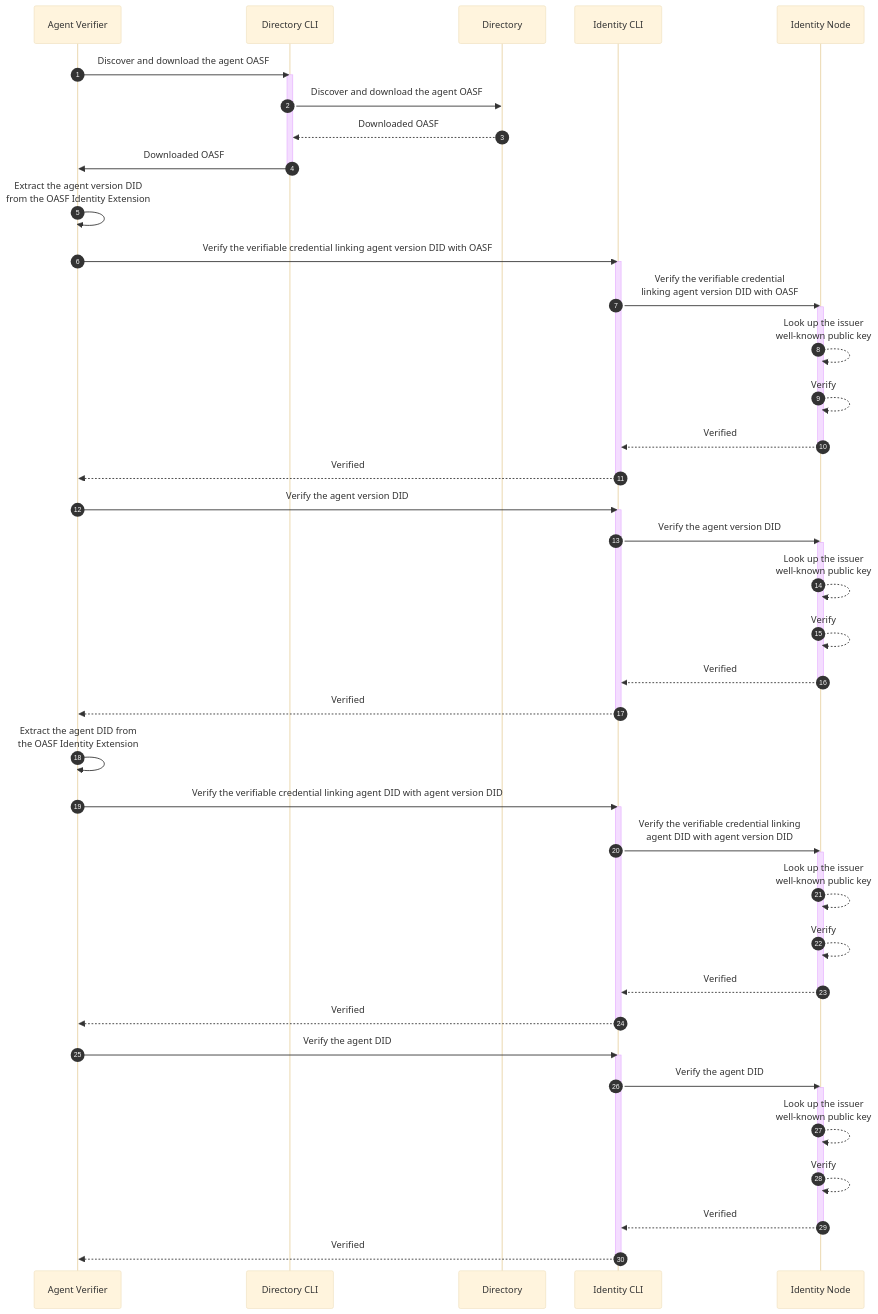
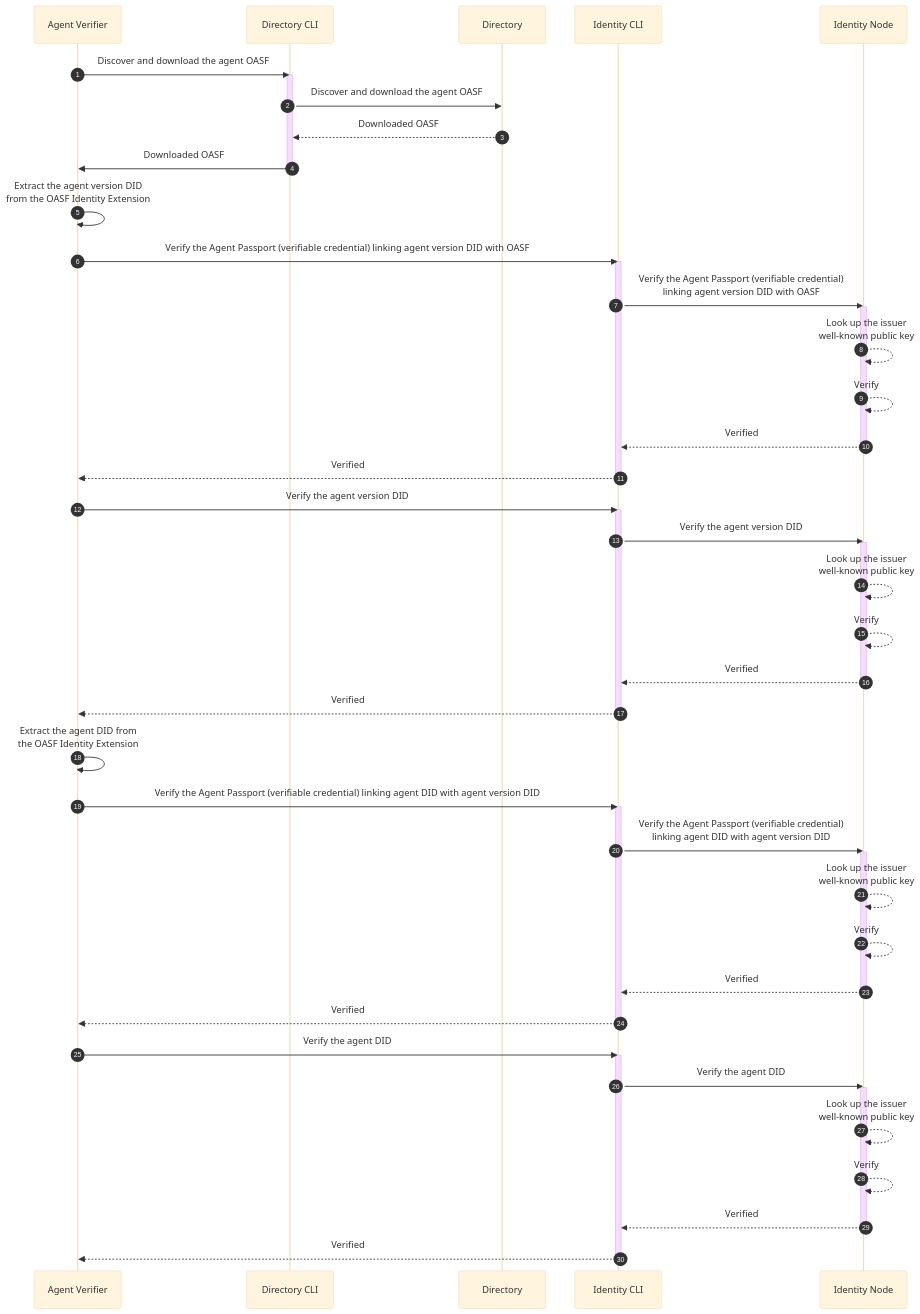
Before and after one commit to agntcy/identity-spec: the third of 3 diagrams in docs-src/docs/specs/flows/agntcy.md, drawn with Mermaid (base theme). The commit also changed other lines of this file, not shown here.

````diff
--- a/docs-src/docs/specs/flows/agntcy.md
+++ b/docs-src/docs/specs/flows/agntcy.md
@@ -123,62 +123,62 @@
 ```mermaid
 sequenceDiagram
 autonumber
 
 % Discover + download the agent OASF
 Agent Verifier->>Directory CLI: Discover and download the agent OASF
 activate Directory CLI
 Directory CLI->>Directory: Discover and download the agent OASF
 Directory-->>Directory CLI: Downloaded OASF
 Directory CLI->>Agent Verifier: Downloaded OASF
 deactivate Directory CLI
 
 % Verify the agent version DID linking OASF verifiable credential
 Agent Verifier->>Agent Verifier: Extract the agent version DID<br/>from the OASF Identity Extension
-Agent Verifier->>Identity CLI: Verify the verifiable credential linking agent version DID with OASF 
+Agent Verifier->>Identity CLI: Verify the Agent Passport (verifiable credential) linking agent version DID with OASF 
 activate Identity CLI
-Identity CLI->>Identity Node: Verify the verifiable credential<br/>linking agent version DID with OASF 
+Identity CLI->>Identity Node: Verify the Agent Passport (verifiable credential)<br/>linking agent version DID with OASF 
 activate Identity Node
 Identity Node-->>Identity Node: Look up the issuer<br/>well-known public key
 Identity Node-->>Identity Node: Verify
 Identity Node-->>Identity CLI: Verified
 deactivate Identity Node
 Identity CLI-->>Agent Verifier: Verified
 deactivate Identity CLI
 
 % Verify the agent version DID
 Agent Verifier->>Identity CLI: Verify the agent version DID
 activate Identity CLI
 Identity CLI->>Identity Node: Verify the agent version DID
 activate Identity Node
 Identity Node-->>Identity Node: Look up the issuer<br/>well-known public key
 Identity Node-->>Identity Node: Verify
 Identity Node-->>Identity CLI: Verified
 deactivate Identity Node
 Identity CLI-->>Agent Verifier: Verified
 deactivate Identity CLI
 
 % Verify the agent DID linking agent version DID verifiable credential
 Agent Verifier->>Agent Verifier: Extract the agent DID from<br/>the OASF Identity Extension
-Agent Verifier->>Identity CLI: Verify the verifiable credential linking agent DID with agent version DID
+Agent Verifier->>Identity CLI: Verify the Agent Passport (verifiable credential) linking agent DID with agent version DID
 activate Identity CLI
-Identity CLI->>Identity Node: Verify the verifiable credential linking<br/>agent DID with agent version DID
+Identity CLI->>Identity Node: Verify the Agent Passport (verifiable credential)<br/>linking agent DID with agent version DID
 activate Identity Node
 Identity Node-->>Identity Node: Look up the issuer<br/>well-known public key
 Identity Node-->>Identity Node: Verify
 Identity Node-->>Identity CLI: Verified
 deactivate Identity Node
 Identity CLI-->>Agent Verifier: Verified
 deactivate Identity CLI
 
 % Verify the agent DID
 Agent Verifier->>Identity CLI: Verify the agent DID
 activate Identity CLI
 Identity CLI->>Identity Node: Verify the agent DID
 activate Identity Node
 Identity Node-->>Identity Node: Look up the issuer<br/>well-known public key
 Identity Node-->>Identity Node: Verify
 Identity Node-->>Identity CLI: Verified
 deactivate Identity Node
 Identity CLI-->>Agent Verifier: Verified
 deactivate Identity CLI
 ```
````
